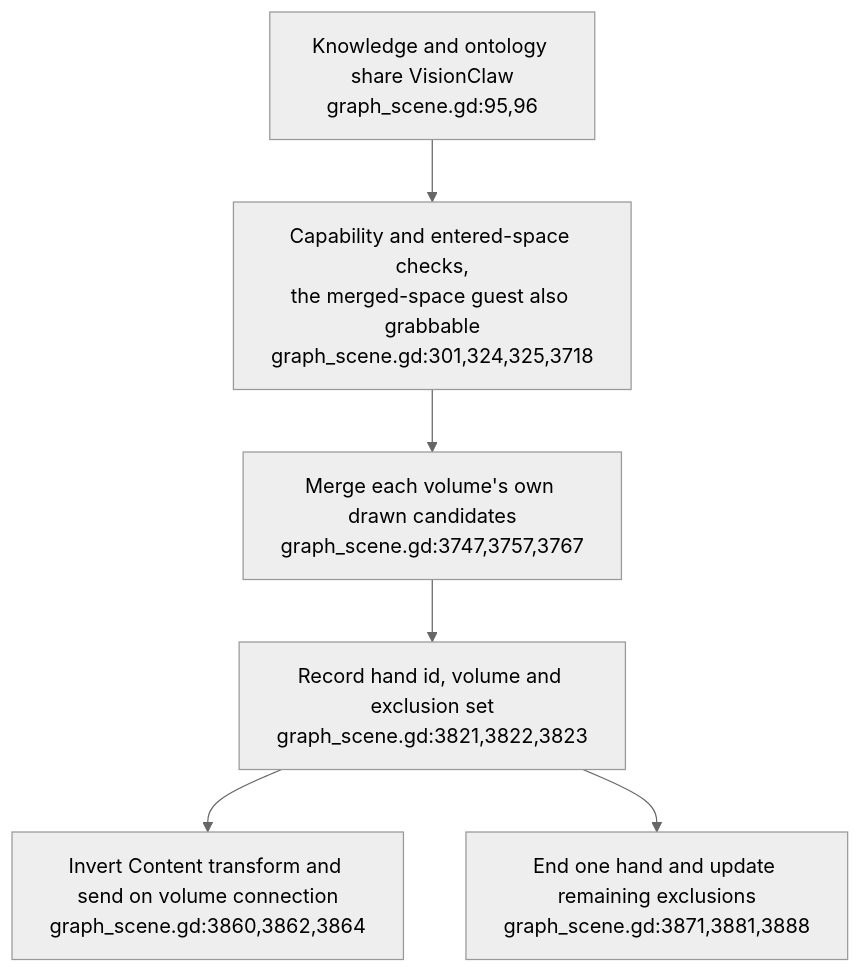
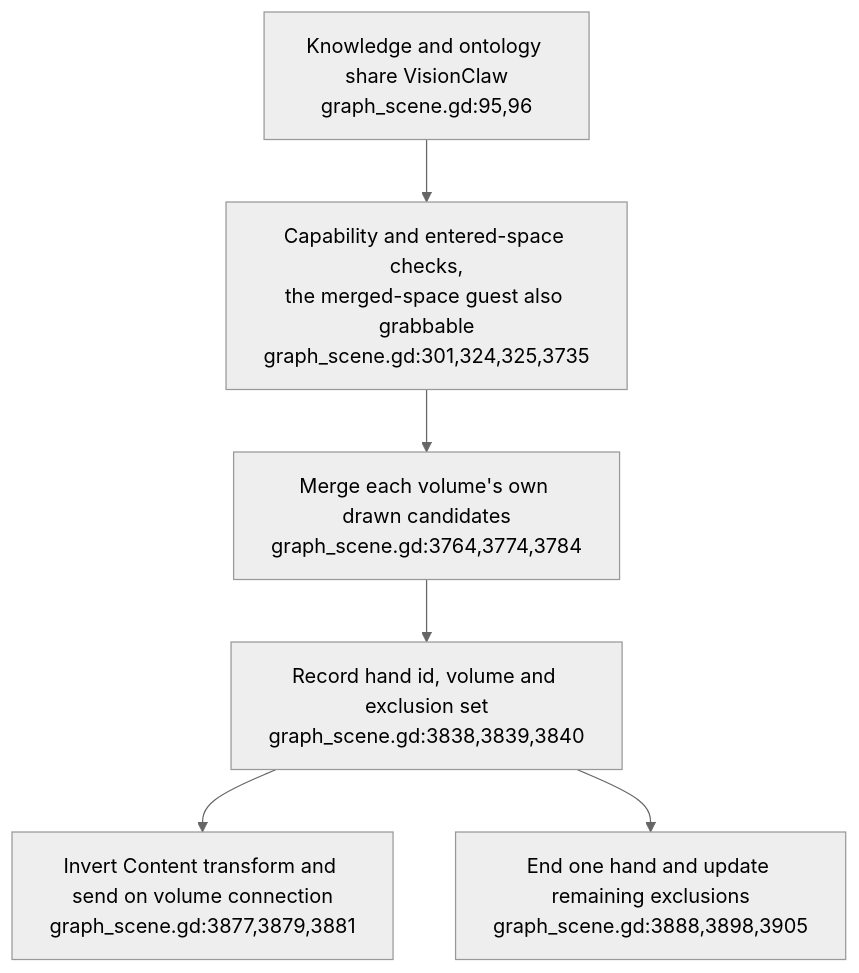
The first of 6 diagrams in docs/diagrams/visionclaw/53-xr-grab-lifetimes-and-input.md (DreamLab-AI/VisionFlow), drawn with Mermaid (neutral theme) before and after one commit. The commit also changed other lines of this file and 49 other files, not shown here.

First line of the commit message:
docs(diagrams): re-derive and re-stamp VisionClaw, estate, knowledge-graph, visionGraph, VisionFlow and sidestr topics

````diff
--- a/docs/diagrams/visionclaw/53-xr-grab-lifetimes-and-input.md
+++ b/docs/diagrams/visionclaw/53-xr-grab-lifetimes-and-input.md
@@ -28,8 +28,8 @@
 ```mermaid
 flowchart TD
-    VOL["Knowledge and ontology share VisionClaw<br/>graph_scene.gd:95,96"] --> GATE["Capability and entered-space checks,<br/>the merged-space guest also grabbable<br/>graph_scene.gd:301,324,325,3718"]
-    GATE --> PACK["Merge each volume's own drawn candidates<br/>graph_scene.gd:3747,3757,3767"]
-    PACK --> HOLD["Record hand id, volume and exclusion set<br/>graph_scene.gd:3821,3822,3823"]
-    HOLD --> DRIVE["Invert Content transform and send on volume connection<br/>graph_scene.gd:3860,3862,3864"]
-    HOLD --> RELEASE["End one hand and update remaining exclusions<br/>graph_scene.gd:3871,3881,3888"]
+    VOL["Knowledge and ontology share VisionClaw<br/>graph_scene.gd:95,96"] --> GATE["Capability and entered-space checks,<br/>the merged-space guest also grabbable<br/>graph_scene.gd:301,324,325,3735"]
+    GATE --> PACK["Merge each volume's own drawn candidates<br/>graph_scene.gd:3764,3774,3784"]
+    PACK --> HOLD["Record hand id, volume and exclusion set<br/>graph_scene.gd:3838,3839,3840"]
+    HOLD --> DRIVE["Invert Content transform and send on volume connection<br/>graph_scene.gd:3877,3879,3881"]
+    HOLD --> RELEASE["End one hand and update remaining exclusions<br/>graph_scene.gd:3888,3898,3905"]
 ```
````
